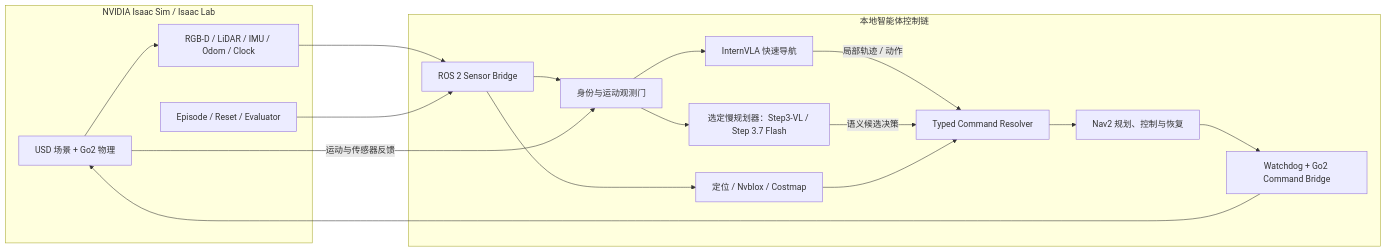
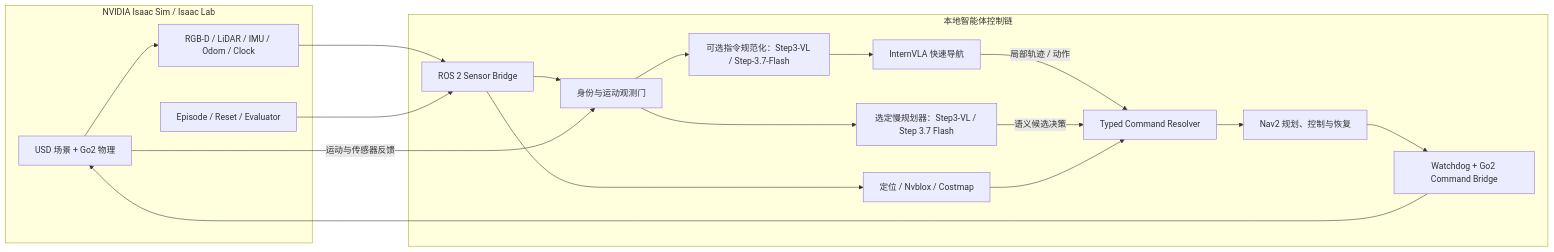
One commit to strTATQwQ/E-MARS changed the diagram in README.md. Above: the diagram before and after it, drawn with Mermaid. The commit also changed other lines of this file and 17 other files, not shown here.

````diff
--- a/README.md
+++ b/README.md
@@ -38,31 +38,32 @@
 ```mermaid
 flowchart LR
     subgraph Sim["NVIDIA Isaac Sim / Isaac Lab"]
         World["USD 场景 + Go2 物理"]
         Sensors["RGB-D / LiDAR / IMU / Odom / Clock"]
         Episode["Episode / Reset / Evaluator"]
     end
 
     subgraph Agent["本地智能体控制链"]
         Bridge["ROS 2 Sensor Bridge"]
         Gate["身份与运动观测门"]
+        Normalize["可选指令规范化：Step3-VL / Step-3.7-Flash"]
         InternVLA["InternVLA 快速导航"]
         Slow["选定慢规划器：Step3-VL / Step 3.7 Flash"]
         Resolver["Typed Command Resolver"]
         Mapping["定位 / Nvblox / Costmap"]
         Nav2["Nav2 规划、控制与恢复"]
         Controller["Watchdog + Go2 Command Bridge"]
     end
 
     World --> Sensors --> Bridge
     Episode --> Bridge
     Bridge --> Gate
     Bridge --> Mapping
-    Gate --> InternVLA
+    Gate --> Normalize --> InternVLA
     Gate --> Slow
     InternVLA -->|"局部轨迹 / 动作"| Resolver
     Slow -->|"语义候选决策"| Resolver
     Mapping --> Resolver
     Resolver --> Nav2 --> Controller --> World
     World -->|"运动与传感器反馈"| Gate
 ```
````
